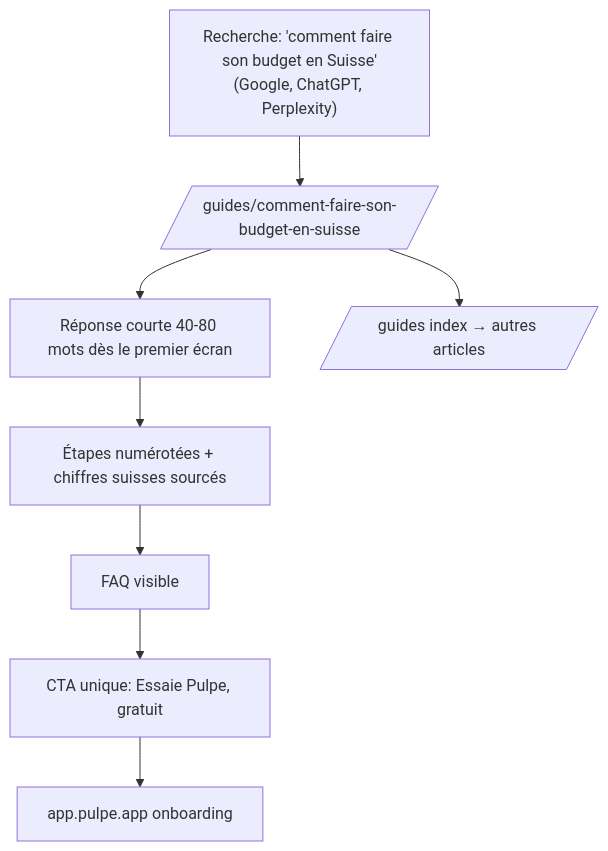
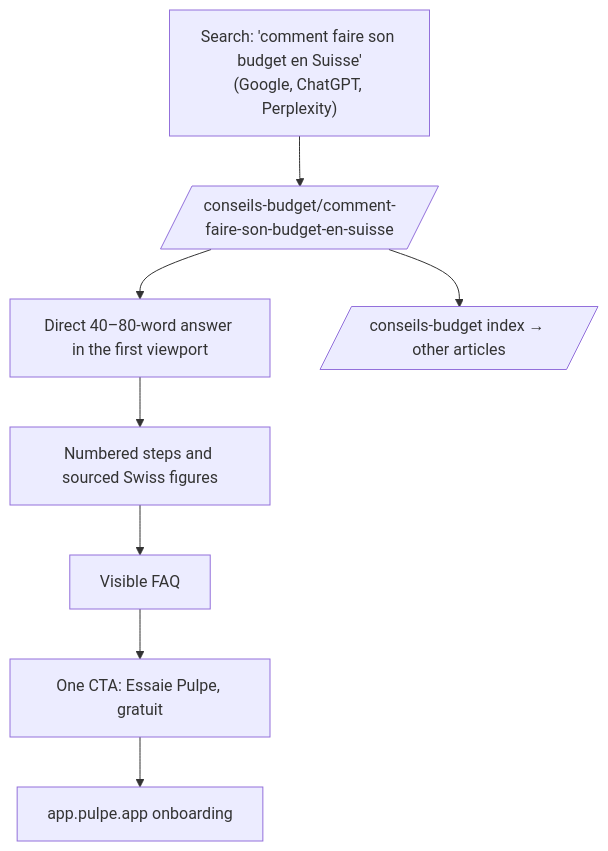
Before and after one commit to neogenz/pulpe: the first of 2 diagrams in aidd_docs/tasks/2026_08/2026_08_13_pul296-socle-seo-guides/phase-2.md, drawn with Mermaid. The commit also changed other lines of this file and 23 other files, not shown here.

````diff
--- a/aidd_docs/tasks/2026_08/2026_08_13_pul296-socle-seo-guides/phase-2.md
+++ b/aidd_docs/tasks/2026_08/2026_08_13_pul296-socle-seo-guides/phase-2.md
@@ -25,10 +25,10 @@
 ```mermaid
 flowchart TD
-  A["Recherche: 'comment faire son budget en Suisse'<br/>(Google, ChatGPT, Perplexity)"] --> B[/guides/comment-faire-son-budget-en-suisse/]
-  B --> C[Réponse courte 40-80 mots dès le premier écran]
-  C --> D[Étapes numérotées + chiffres suisses sourcés]
-  D --> E[FAQ visible]
-  E --> F[CTA unique: Essaie Pulpe, gratuit]
+  A["Search: 'comment faire son budget en Suisse'<br/>(Google, ChatGPT, Perplexity)"] --> B[/conseils-budget/comment-faire-son-budget-en-suisse/]
+  B --> C[Direct 40–80-word answer in the first viewport]
+  C --> D[Numbered steps and sourced Swiss figures]
+  D --> E[Visible FAQ]
+  E --> F[One CTA: Essaie Pulpe, gratuit]
   F --> G[app.pulpe.app onboarding]
-  B --> H[/guides index → autres articles/]
+  B --> H[/conseils-budget index → other articles/]
 ```
````
